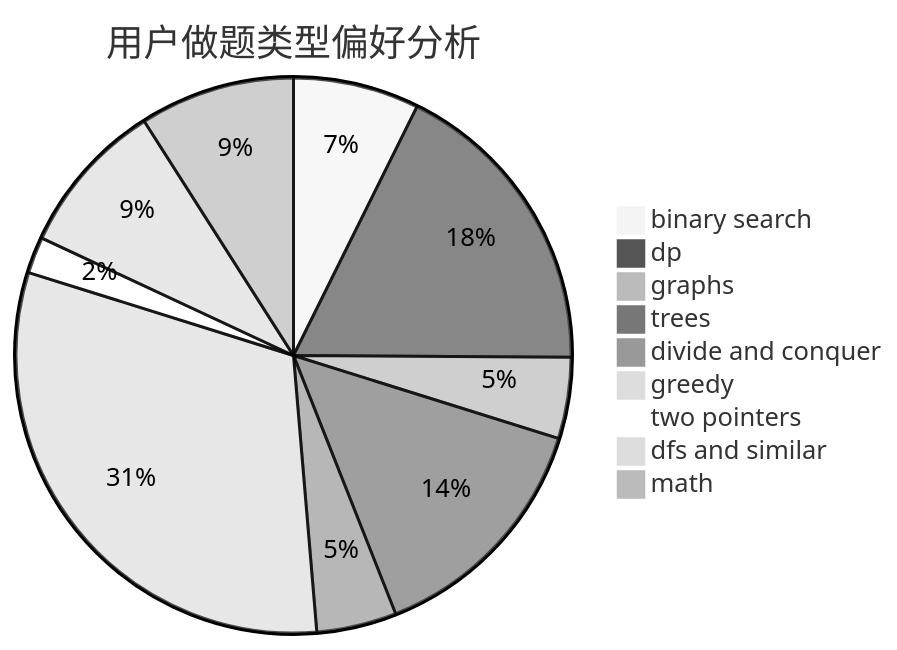
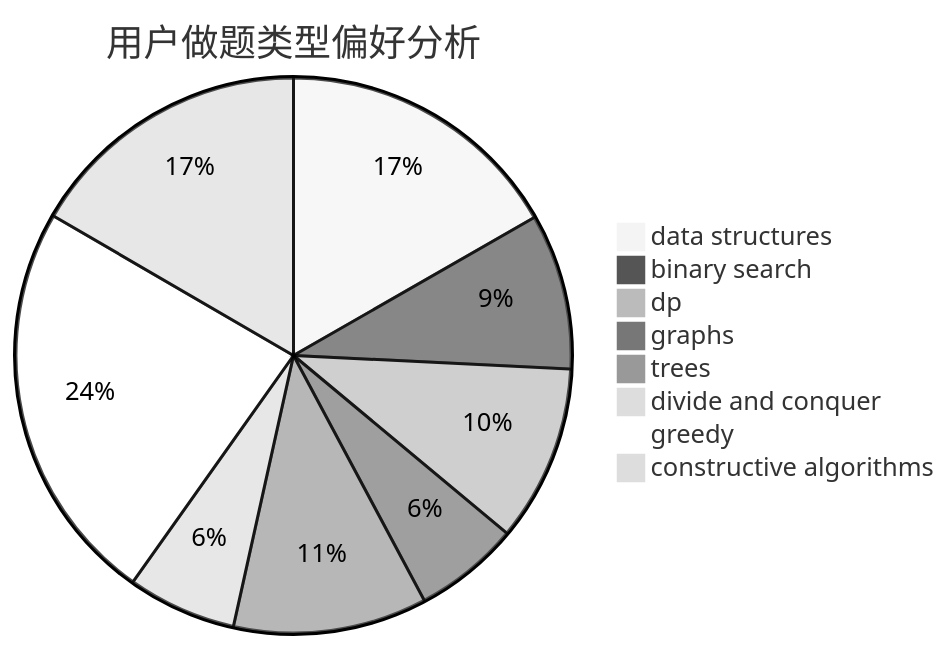
The second of 3 diagrams in docs/user/u595.md (sherpahu/cfrs.github.io), drawn with Mermaid (neutral theme) before and after one commit. The commit also changed other lines of this file and 2775 other files, not shown here.

````diff
--- a/docs/user/u595.md
+++ b/docs/user/u595.md
@@ -23,12 +23,11 @@
 ```mermaid
 pie title 用户做题类型偏好分析
-    "binary search" :  104
-    "dp" :  252
-    "graphs" :  67
-    "trees" :  201
-    "divide and conquer" :  66
-    "greedy" :  442
-    "two pointers" :  30
-    "dfs and similar" :  128
-    "math" :  128
+    "data structures" :  166
+    "binary search" :  90
+    "dp" :  102
+    "graphs" :  61
+    "trees" :  112
+    "divide and conquer" :  63
+    "greedy" :  234
+    "constructive algorithms" :  165
 ```
````
